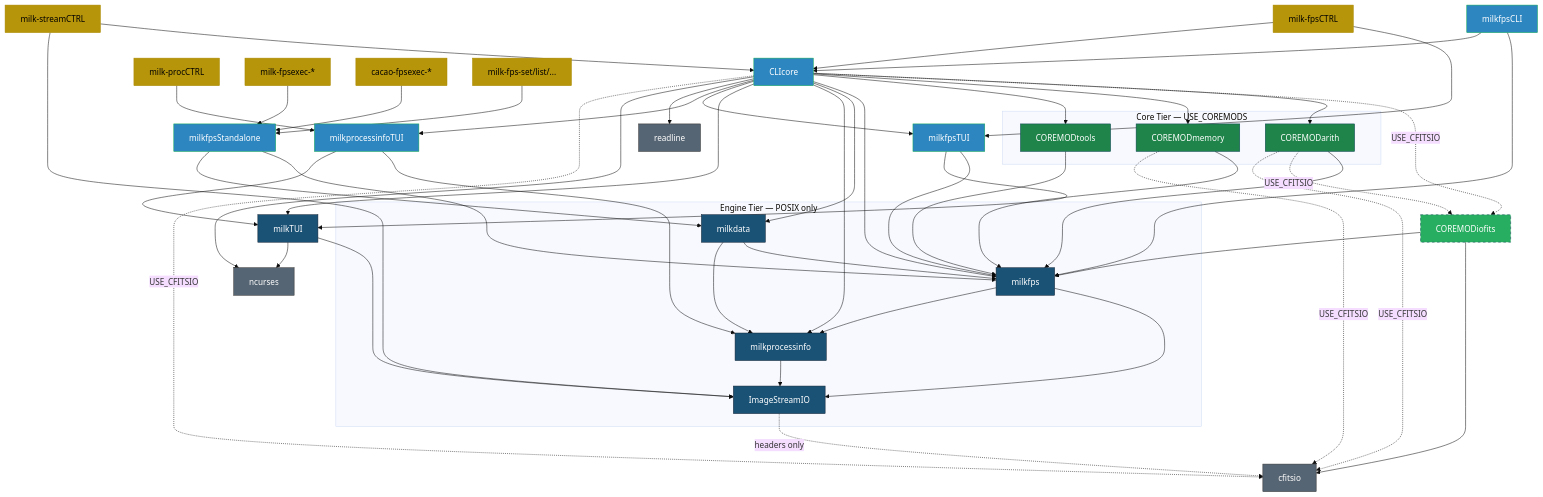
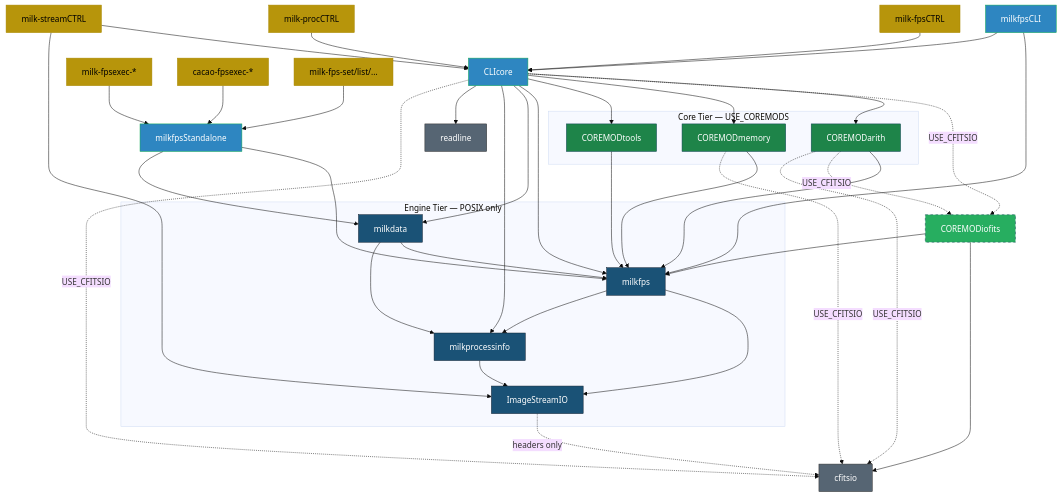
Before and after one commit to milk-org/milk: the first of 3 diagrams in docs/dependency_graph.md, drawn with Mermaid (base theme). The commit also changed other lines of this file and 6 other files, not shown here.

````diff
--- a/docs/dependency_graph.md
+++ b/docs/dependency_graph.md
@@ -26,7 +26,6 @@
 ```mermaid
 graph TD
     CFITSIO["cfitsio"]:::ext
-    NCURSES["ncurses"]:::ext
     READLINE["readline"]:::ext
 
     subgraph engine ["Engine Tier — POSIX only"]
@@ -36,10 +35,6 @@
         MILKDATA["milkdata"]:::core
     end
 
-    MILKTUI["milkTUI"]:::core
-
-    PITUI["milkprocessinfoTUI"]:::fw
-    FPSTUI["milkfpsTUI"]:::fw
     FPSCLI["milkfpsCLI"]:::fw
     FPSSTANDALONE["milkfpsStandalone"]:::fw
 
@@ -66,9 +61,6 @@
     FPS --> PROCINFO
     MILKDATA --> FPS
     MILKDATA --> PROCINFO
-    MILKTUI --> ISIO
-    MILKTUI --> NCURSES
-
     IOFITS --> FPS
     IOFITS --> CFITSIO
     ARITH --> FPS
@@ -78,10 +70,6 @@
     MEMORY -.->|USE_CFITSIO| CFITSIO
     TOOLS --> FPS
 
-    PITUI --> PROCINFO
-    PITUI --> MILKTUI
-    FPSTUI --> FPS
-    FPSTUI --> MILKTUI
     FPSCLI --> FPS
     FPSCLI --> CLICORE
     FPSSTANDALONE --> FPS
@@ -94,16 +82,11 @@
     CLICORE --> FPS
     CLICORE --> MILKDATA
     CLICORE --> PROCINFO
-    CLICORE --> MILKTUI
-    CLICORE --> FPSTUI
-    CLICORE --> PITUI
     CLICORE --> READLINE
-    CLICORE --> NCURSES
     CLICORE -.->|USE_CFITSIO| CFITSIO
 
-    FPSCTRL --> FPSTUI
     FPSCTRL --> CLICORE
-    PROCCTRL --> PITUI
+    PROCCTRL --> CLICORE
     STREAMCTRL --> CLICORE
     STREAMCTRL --> ISIO
     MILKEXE --> FPSSTANDALONE
````
